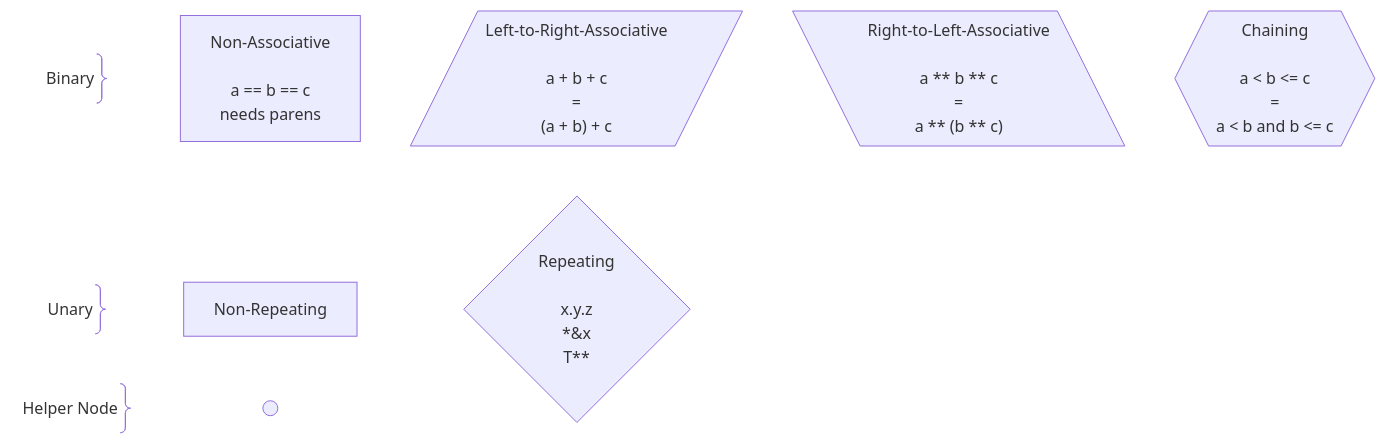
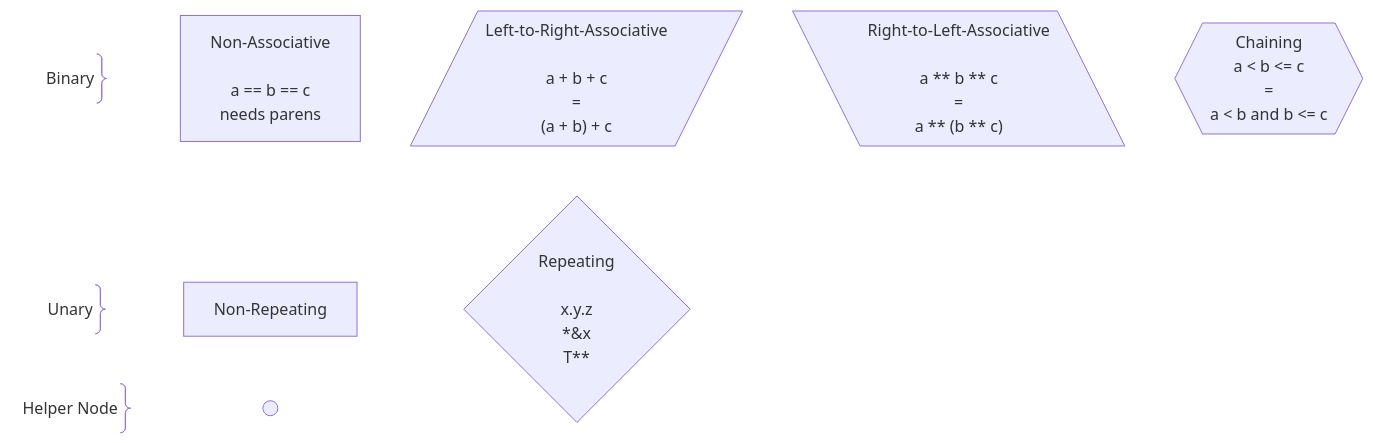
Before and after one commit to laro/Cilia: the second of 2 diagrams in 6 .../2 Unfinished Ideas.md, drawn with Mermaid. The commit also changed other lines of this file, not shown here.

````diff
--- a/6 .../2 Unfinished Ideas.md
+++ b/6 .../2 Unfinished Ideas.md
@@ -488,48 +488,48 @@
 ```mermaid
 graph LR
     binary@{ shape: brace-r, label: "Binary" }
 
     nonAssociative["Non-Associative
 
 a == b == c
 needs parens"]
 
     leftToRightAssociative[/"Left-to-Right-Associative
 
 a + b + c 
 =
 (a + b) + c"/]
 
     rightToLeftAssociative[\"Right-to-Left-Associative
 
 a ** b ** c
 =
 a ** (b ** c)"\]
 
-    chaining{{"Chaining
+    chaining@{ shape: hex, label: "Chaining
 
 a < b <= c
 =
-a < b and b <= c"}}
+a < b and b <= c" }
 
 
     unary@{ shape: brace-r, label: "Unary" }
 
     nonRepeating["Non-Repeating"]
 
     repeating{"Repeating
 
  x.y.z
  *&x
  T**"}
 
 
     helper@{ shape: brace-r, label: "Helper Node" }
 
     circle((" "))
 
 
     binary ~~~ nonAssociative ~~~ leftToRightAssociative ~~~ rightToLeftAssociative ~~~ chaining
     unary ~~~ nonRepeating ~~~ repeating
     helper ~~~ circle
 ```
````
